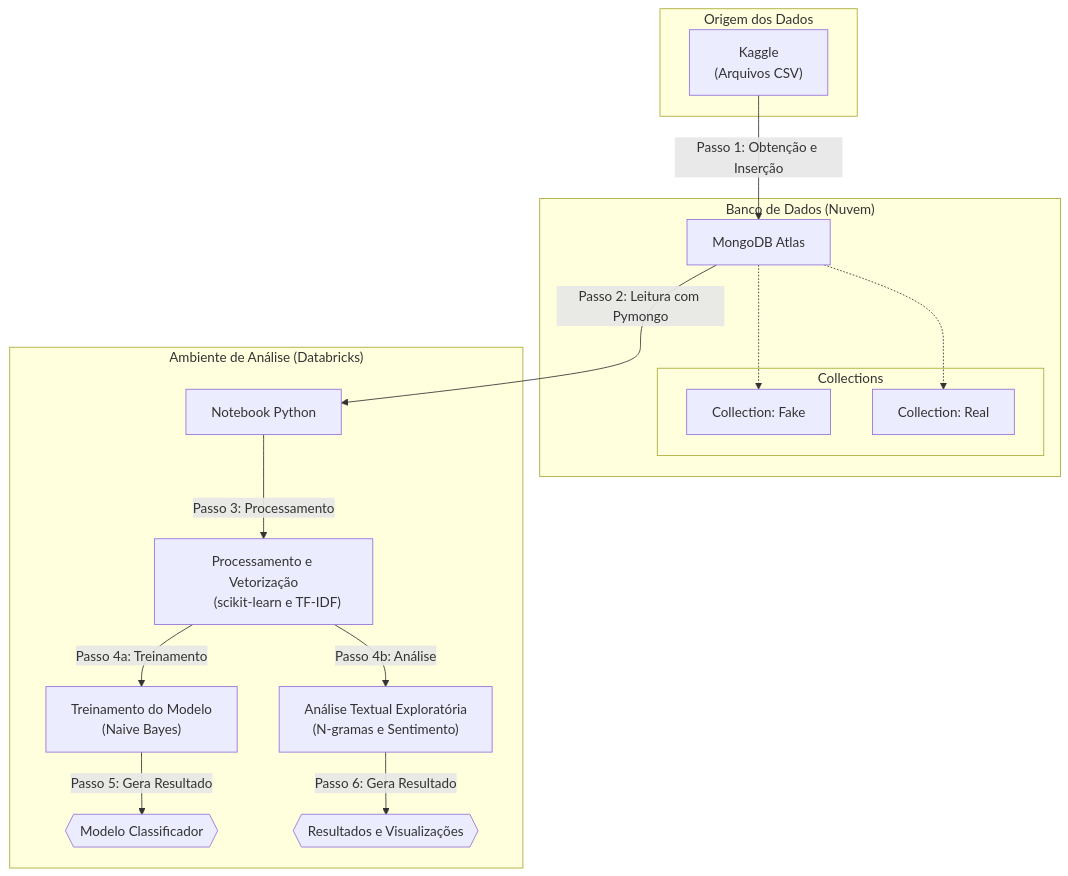
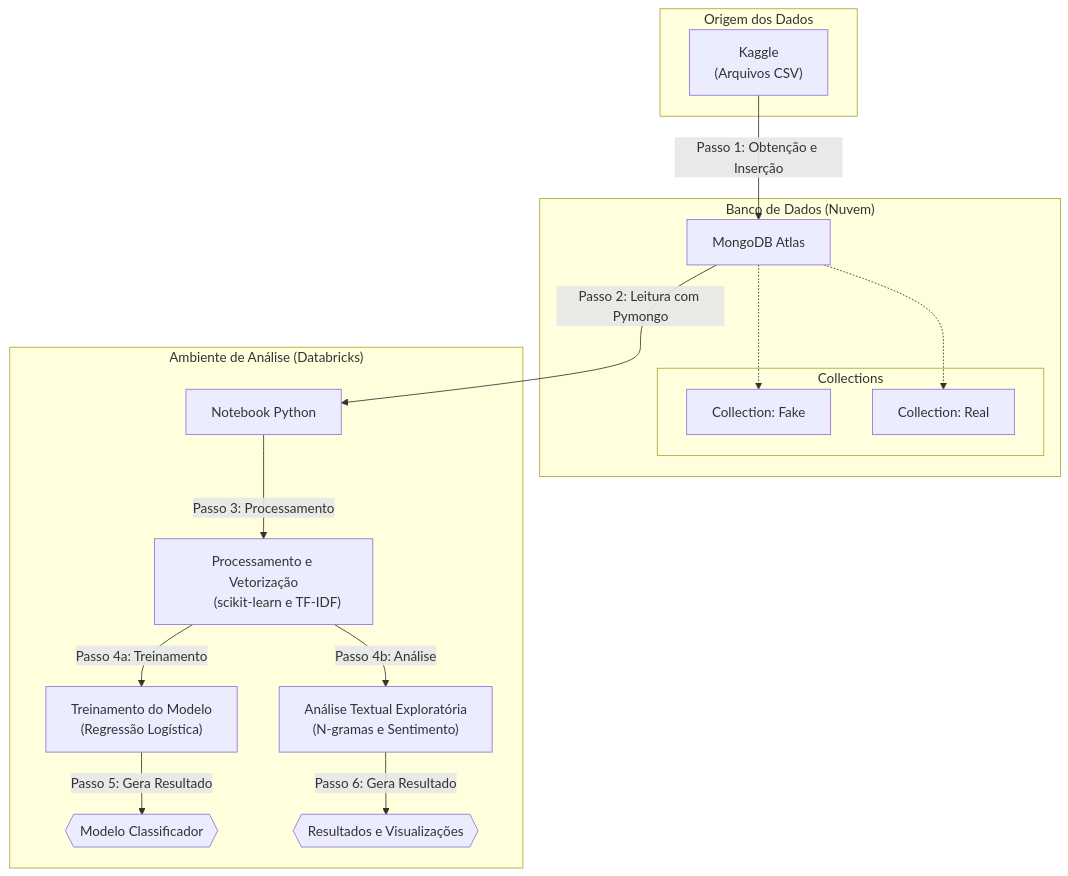
Before and after one commit to guilherme-bortoletto/fake-news: the diagram in README.md, drawn with Mermaid. The commit also changed other lines of this file, not shown here.

````diff
--- a/README.md
+++ b/README.md
@@ -52,37 +52,37 @@
 ```mermaid
 graph TD
     subgraph "Origem dos Dados"
         A["Kaggle
         (Arquivos CSV)"];
     end
 
     subgraph "Banco de Dados (Nuvem)"
         B["MongoDB Atlas"];
         subgraph "Collections"
             B1["Collection: Fake"];
             B2["Collection: Real"];
         end
         B -.-> B1;
         B -.-> B2;
     end
     
     subgraph "Ambiente de Análise (Databricks)"
         C["Notebook Python"];
         D["Processamento e Vetorização
         (scikit-learn e TF-IDF)"];
         E["Treinamento do Modelo
-        (Naive Bayes)"];
+        (Regressão Logística)"];
         F["Análise Textual Exploratória
         (N-gramas e Sentimento)"];
         G{{Modelo Classificador}};
         H{{Resultados e Visualizações}};
     end
 
     A -- "Passo 1: Obtenção e Inserção" --> B;
     B -- "Passo 2: Leitura com Pymongo" --> C;
     C -- "Passo 3: Processamento" --> D;
     D -- "Passo 4a: Treinamento" --> E;
     D -- "Passo 4b: Análise" --> F;
     E -- "Passo 5: Gera Resultado" --> G;
     F -- "Passo 6: Gera Resultado" --> H;
 ```
````
